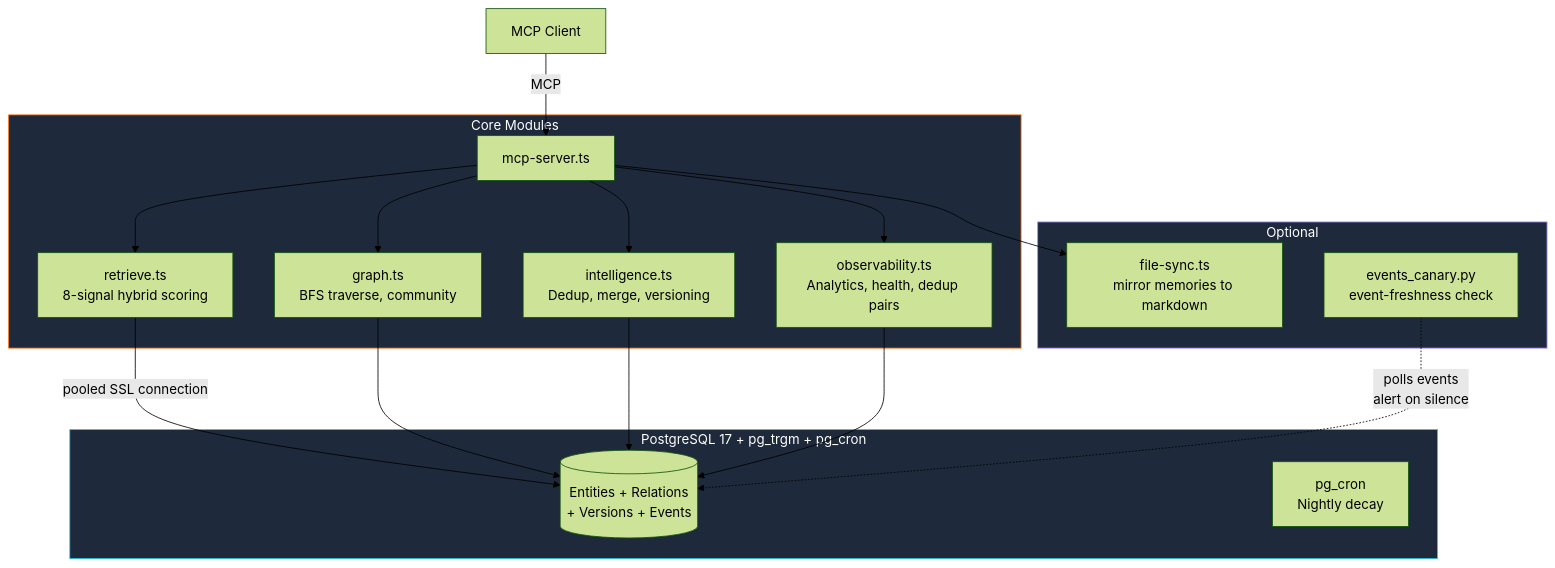
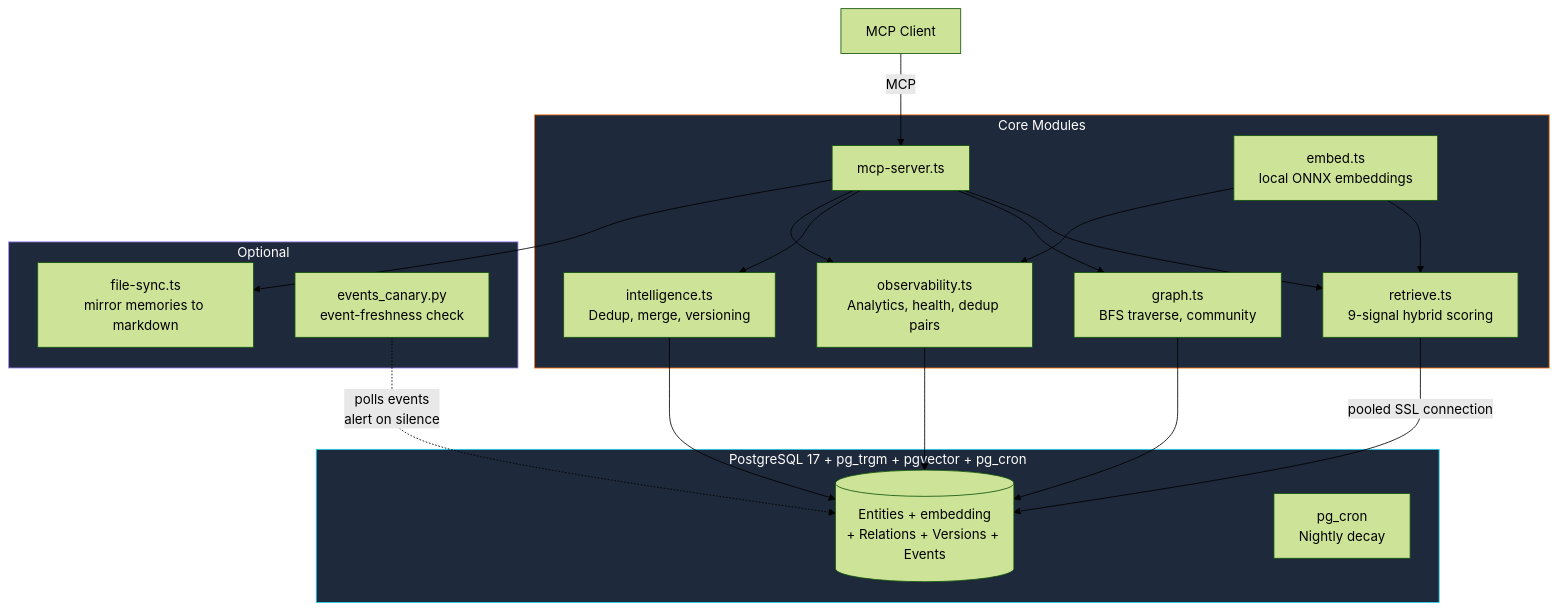
One commit to effecet/memory-persistor changed the diagram in README.md. Above: the diagram before and after it, drawn with Mermaid (forest theme). The commit also changed other lines of this file and 14 other files, not shown here.

First line of the commit message:
[embed] feat: local semantic embeddings — pgvector 9th recall signal + cosine dedup

````diff
--- a/README.md
+++ b/README.md
@@ -63,32 +64,34 @@
 ```mermaid
 graph TD
     CC[MCP Client] -->|MCP| SERVER[mcp-server.ts]
 
     subgraph Core["Core Modules"]
-        SERVER --> RET[retrieve.ts<br/>8-signal hybrid scoring]
+        SERVER --> RET[retrieve.ts<br/>9-signal hybrid scoring]
         SERVER --> GRP[graph.ts<br/>BFS traverse, community]
         SERVER --> INT[intelligence.ts<br/>Dedup, merge, versioning]
         SERVER --> OBS[observability.ts<br/>Analytics, health, dedup pairs]
+        EMB[embed.ts<br/>local ONNX embeddings] --> RET
+        EMB --> OBS
     end
 
-    subgraph DB["PostgreSQL 17 + pg_trgm + pg_cron"]
-        PG[(Entities + Relations<br/>+ Versions + Events)]
+    subgraph DB["PostgreSQL 17 + pg_trgm + pgvector + pg_cron"]
+        PG[(Entities + embedding<br/>+ Relations + Versions + Events)]
         CRON[pg_cron<br/>Nightly decay]
     end
 
     subgraph Sync["Optional"]
         FS[file-sync.ts<br/>mirror memories to markdown]
         CAN[events_canary.py<br/>event-freshness check]
     end
 
     RET -->|pooled SSL connection| PG
     GRP --> PG
     INT --> PG
     OBS --> PG
     SERVER --> FS
     CAN -.->|polls events<br/>alert on silence| PG
 
     style Core fill:#1e293b,stroke:#f97316,color:#fff
     style DB fill:#1e293b,stroke:#22d3ee,color:#fff
     style Sync fill:#1e293b,stroke:#a78bfa,color:#fff
 ```
````
